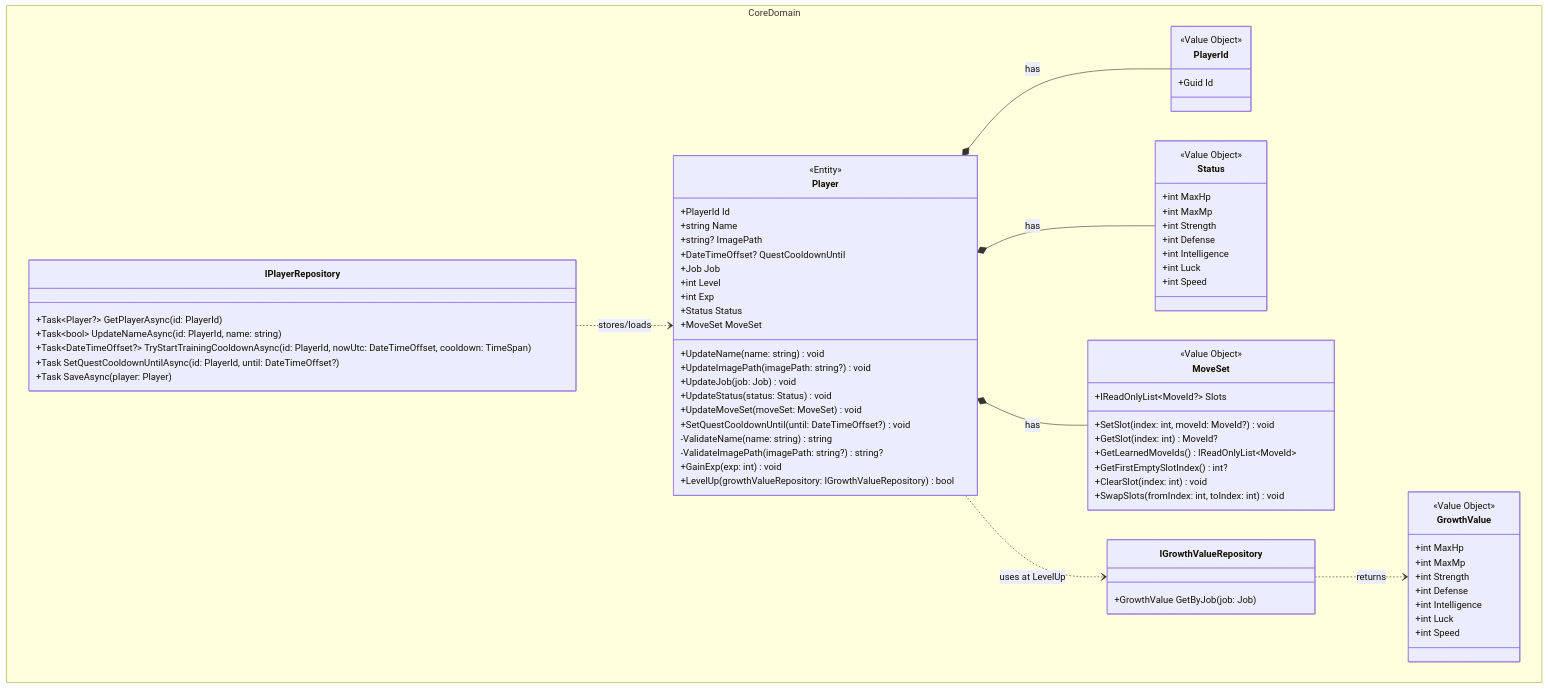
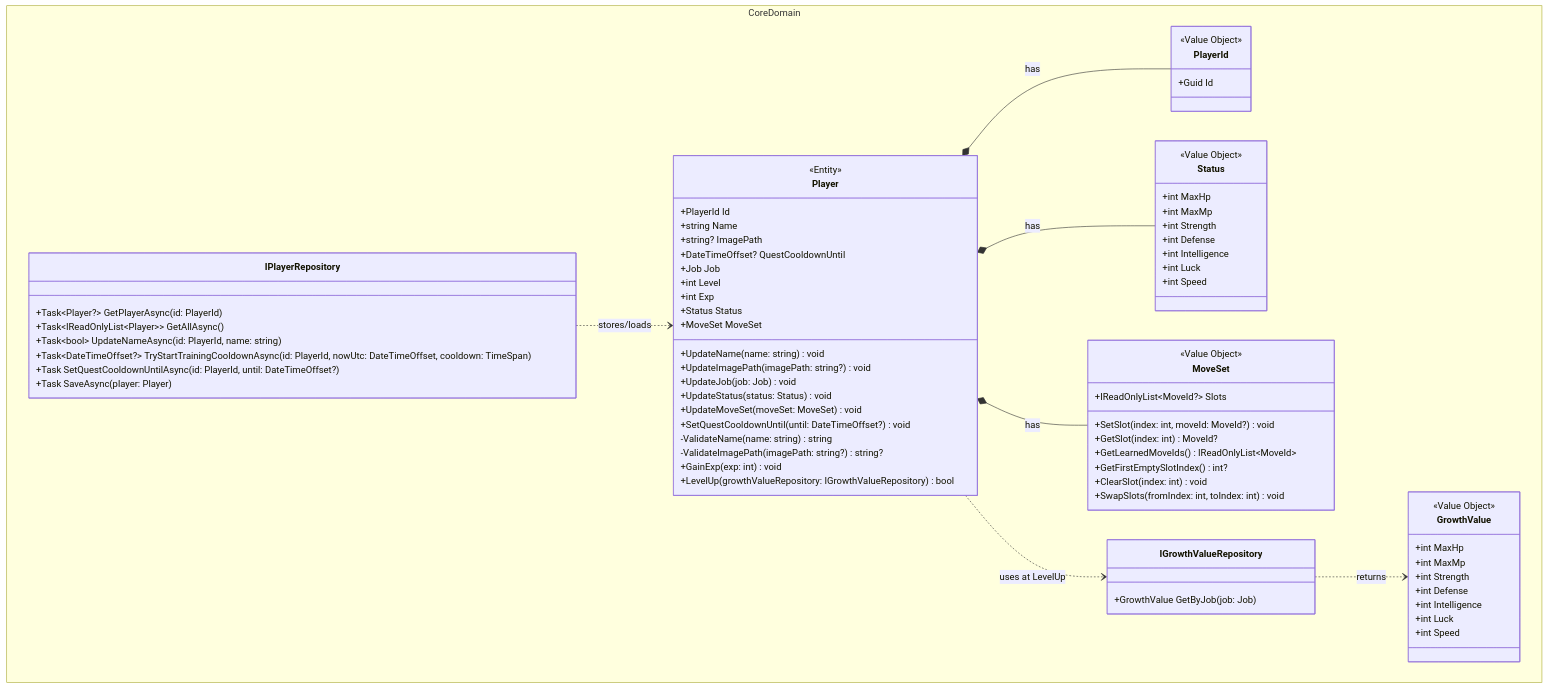
One commit to ayumu203/nisekue changed the diagram in docs/MMD01_CoreDomain.mmd. Above: the diagram before and after it, drawn with Mermaid. The commit also changed 1 other file, not shown here.

```diff
--- a/docs/MMD01_CoreDomain.mmd
+++ b/docs/MMD01_CoreDomain.mmd
@@ -1,84 +1,85 @@
 classDiagram
     %% Enum 定義は docs/MMD21_Enum.mmd を参照
     namespace CoreDomain {
         %% Player の基本情報
         class Player {
             <<Entity>>
             +PlayerId Id
             +string Name
             +string? ImagePath
             +DateTimeOffset? QuestCooldownUntil
             +Job Job
             +int Level
             +int Exp
             +Status Status
             +MoveSet MoveSet
             +UpdateName(name: string) void
             +UpdateImagePath(imagePath: string?) void
             +UpdateJob(job: Job) void
             +UpdateStatus(status: Status) void
             +UpdateMoveSet(moveSet: MoveSet) void
             +SetQuestCooldownUntil(until: DateTimeOffset?) void
             -ValidateName(name: string) string
             -ValidateImagePath(imagePath: string?) string?
             +GainExp(exp: int) void
             +LevelUp(growthValueRepository: IGrowthValueRepository) bool
         }
 
         class PlayerId {
             <<Value Object>>
             +Guid Id
         }
 
         class Status {
             <<Value Object>>
             +int MaxHp
             +int MaxMp
             +int Strength
             +int Defense
             +int Intelligence
             +int Luck
             +int Speed
         }
 
         class GrowthValue {
             <<Value Object>>
             +int MaxHp
             +int MaxMp
             +int Strength
             +int Defense
             +int Intelligence
             +int Luck
             +int Speed
         }
 
         class MoveSet {
             <<Value Object>>
             +IReadOnlyList~MoveId?~ Slots
             +SetSlot(index: int, moveId: MoveId?) void
             +GetSlot(index: int) MoveId?
             +GetLearnedMoveIds() IReadOnlyList~MoveId~
             +GetFirstEmptySlotIndex() int?
             +ClearSlot(index: int) void
             +SwapSlots(fromIndex: int, toIndex: int) void
         }
 
         class IPlayerRepository {
             +Task~Player?~ GetPlayerAsync(id: PlayerId)
+            +Task~IReadOnlyList~Player~~ GetAllAsync()
             +Task~bool~ UpdateNameAsync(id: PlayerId, name: string)
             +Task~DateTimeOffset?~ TryStartTrainingCooldownAsync(id: PlayerId, nowUtc: DateTimeOffset, cooldown: TimeSpan)
             +Task SetQuestCooldownUntilAsync(id: PlayerId, until: DateTimeOffset?)
             +Task SaveAsync(player: Player)
         }
 
         class IGrowthValueRepository {
             +GrowthValue GetByJob(job: Job)
         }
     }
 
     Player *-- PlayerId : has
     Player *-- Status : has
     Player *-- MoveSet : has
     Player ..> IGrowthValueRepository : uses at LevelUp
     IGrowthValueRepository ..> GrowthValue : returns
     IPlayerRepository ..> Player : stores/loads
```
